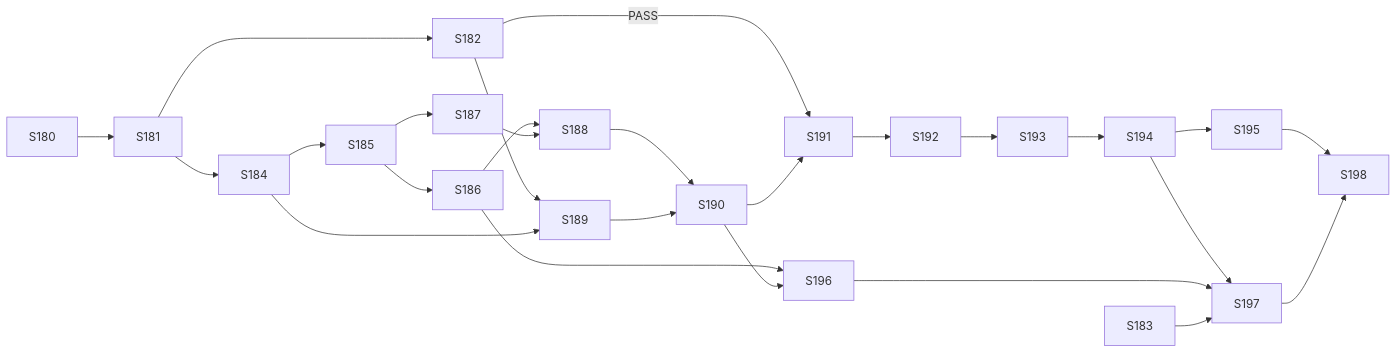
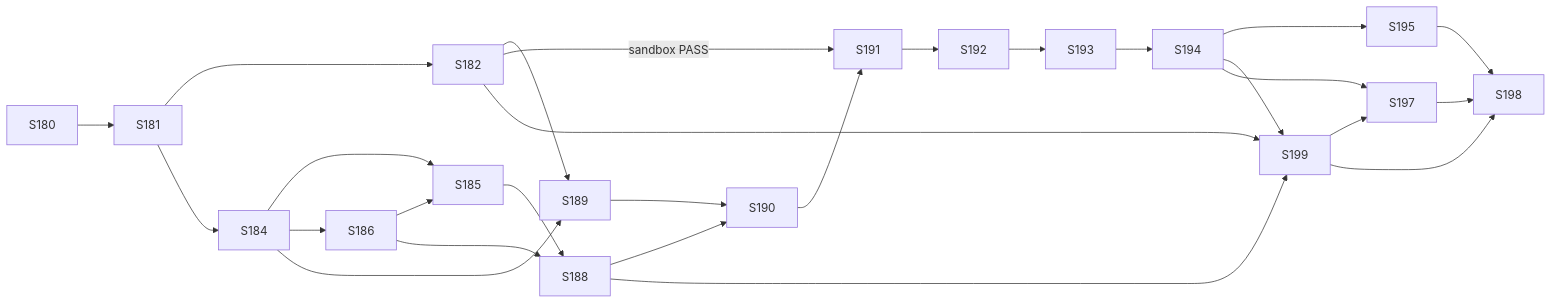
The diagram in workstream/user-stories-prd-bug-fix-agent.md (llipe/dev-tasks-agent-fleet), drawn with Mermaid before and after one commit. The commit also changed other lines of this file and 8 other files, not shown here.

````diff
--- a/workstream/user-stories-prd-bug-fix-agent.md
+++ b/workstream/user-stories-prd-bug-fix-agent.md
@@ -1246,16 +1134,14 @@
 ```mermaid
 flowchart LR
     S180 --> S181 --> S182
     S181 --> S184 --> S185
-    S185 --> S186 & S187
-    S186 & S187 --> S188
+    S184 --> S186 --> S185
+    S185 & S186 --> S188
     S182 & S184 --> S189
     S188 & S189 --> S190
-    S183
-    S182 -- PASS --> S191
+    S182 -- sandbox PASS --> S191
     S190 --> S191 --> S192 --> S193 --> S194 --> S195
-    S186 & S190 --> S196
-    S194 & S196 --> S197
-    S195 & S197 --> S198
-    S183 --> S197
+    S182 & S188 & S194 --> S199
+    S194 & S199 --> S197
+    S195 & S197 & S199 --> S198
 ```
````
